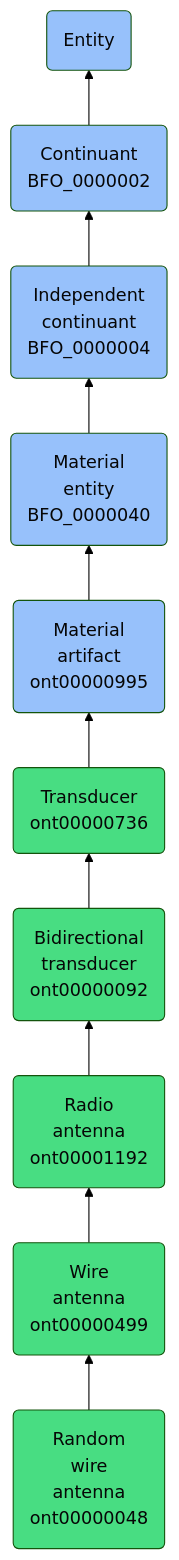
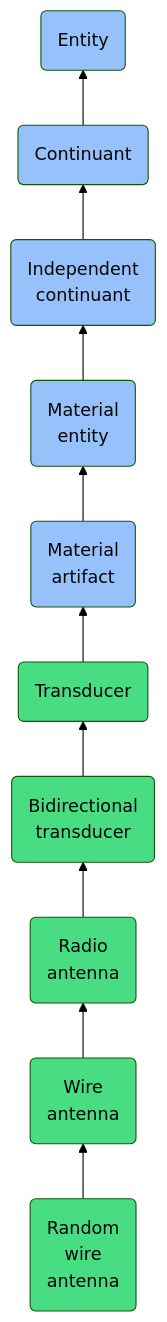
Before and after one commit to jupyter-naas/abi: the diagram in docs/ontology/reference/model/Entity/Continuant/Independent continuant/Material entity/Material artifact/Transducer/Bidirectional transducer/Radio antenna/Wire antenna/Random wire antenna/Random wire antenna.md, drawn with Mermaid (forest theme). The commit also changed other lines of this file and 1430 other files, not shown here.

````diff
--- a/docs/ontology/reference/model/Entity/Continuant/Independent continuant/Material entity/Material artifact/Transducer/Bidirectional transducer/Radio antenna/Wire antenna/Random wire antenna/Random wire antenna.md
+++ b/docs/ontology/reference/model/Entity/Continuant/Independent continuant/Material entity/Material artifact/Transducer/Bidirectional transducer/Radio antenna/Wire antenna/Random wire antenna/Random wire antenna.md
@@ -24,17 +24,17 @@
 ```mermaid
 graph BT
-    ont00000048(Random<br>wire<br>antenna<br>ont00000048):::ABI-->ont00000499
-    ont00000499(Wire<br>antenna<br>ont00000499):::ABI-->ont00001192
-    ont00001192(Radio<br>antenna<br>ont00001192):::ABI-->ont00000092
-    ont00000092(Bidirectional<br>transducer<br>ont00000092):::ABI-->ont00000736
-    ont00000736(Transducer<br>ont00000736):::ABI-->ont00000995
-    ont00000995(Material<br>artifact<br>ont00000995):::BFO-->BFO_0000040
-    BFO_0000040(Material<br>entity<br>BFO_0000040):::BFO-->BFO_0000004
-    BFO_0000004(Independent<br>continuant<br>BFO_0000004):::BFO-->BFO_0000002
-    BFO_0000002(Continuant<br>BFO_0000002):::BFO-->BFO_0000001
+    ont00000048(Random<br>wire<br>antenna):::ABI-->ont00000499
+    ont00000499(Wire<br>antenna):::ABI-->ont00001192
+    ont00001192(Radio<br>antenna):::ABI-->ont00000092
+    ont00000092(Bidirectional<br>transducer):::ABI-->ont00000736
+    ont00000736(Transducer):::ABI-->ont00000995
+    ont00000995(Material<br>artifact):::BFO-->BFO_0000040
+    BFO_0000040(Material<br>entity):::BFO-->BFO_0000004
+    BFO_0000004(Independent<br>continuant):::BFO-->BFO_0000002
+    BFO_0000002(Continuant):::BFO-->BFO_0000001
     BFO_0000001(Entity):::BFO
     
     classDef BFO fill:#97c1fb,color:#060606
     classDef CCO fill:#e4c51e,color:#060606
     classDef ABI fill:#48DD82,color:#060606
 ```
````
